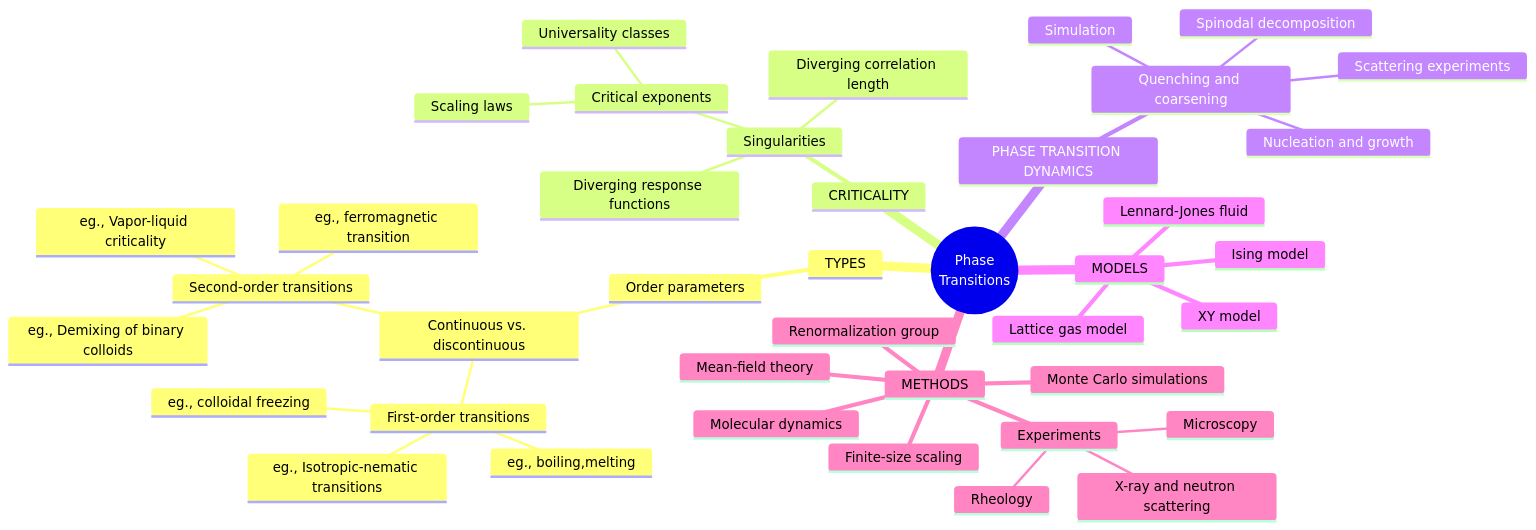
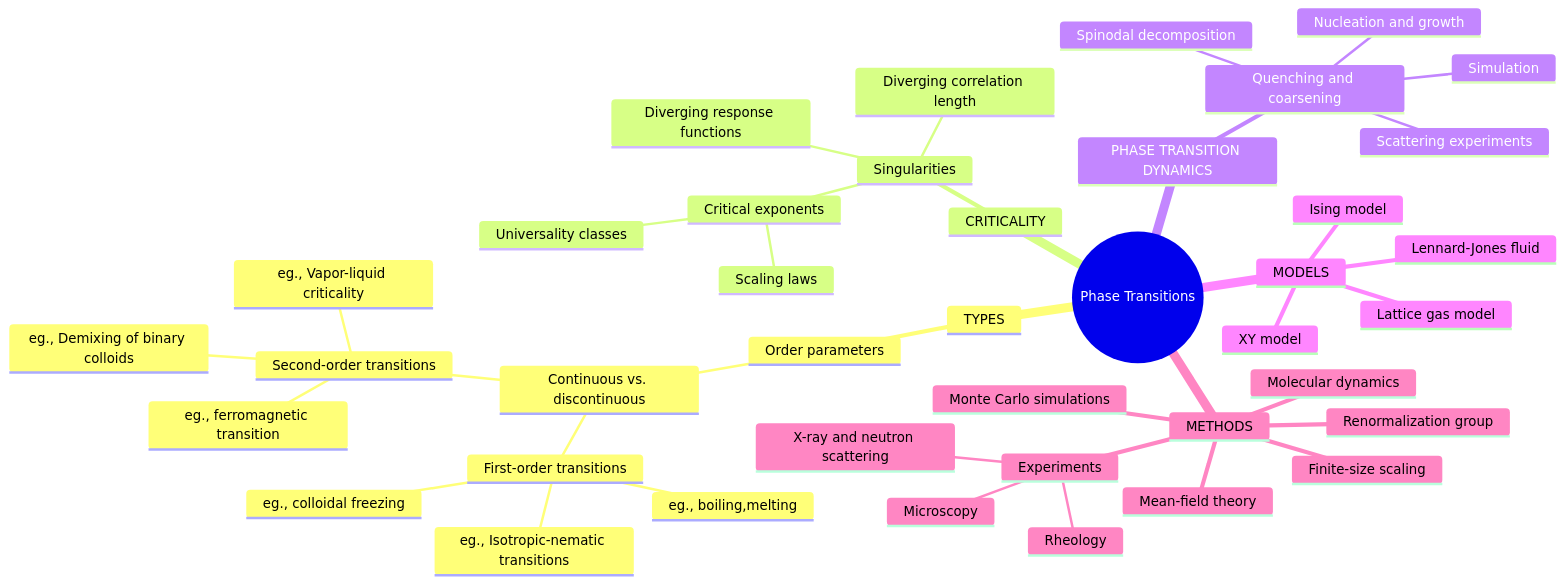
One commit to FTurci/course-disordered-matter changed the first of 2 diagrams in quarto/phase-transitions/concepts_map.qmd. Above: the diagram before and after it, drawn with Mermaid. The commit also changed other lines of this file and 4 other files, not shown here.

````diff
--- a/quarto/phase-transitions/concepts_map.qmd
+++ b/quarto/phase-transitions/concepts_map.qmd
@@ -5,45 +5,44 @@
 ```{mermaid}
 mindmap
-  root((Phase 
-  Transitions))
+  root((Phase Transitions))
     TYPES
       Order parameters
         Continuous vs. discontinuous
           First-order transitions            
             eg., colloidal freezing
             eg., boiling,melting
             eg., Isotropic-nematic transitions
           Second-order transitions
             eg., ferromagnetic transition
             eg., Vapor-liquid criticality
             eg., Demixing of binary colloids
     CRITICALITY
       Singularities
         Diverging correlation length
         Diverging response functions
         Critical exponents
           Scaling laws
           Universality classes   
     PHASE TRANSITION DYNAMICS
       Quenching and coarsening
         Nucleation and growth
         Spinodal decomposition
         Simulation
         Scattering experiments
     MODELS
       Ising model
       Lattice gas model
       Lennard-Jones fluid
       XY model
     METHODS
       Mean-field theory
       Renormalization group
       Monte Carlo simulations
       Finite-size scaling
       Molecular dynamics
       Experiments
         X-ray and neutron scattering
         Microscopy
         Rheology
 
 ```
````
